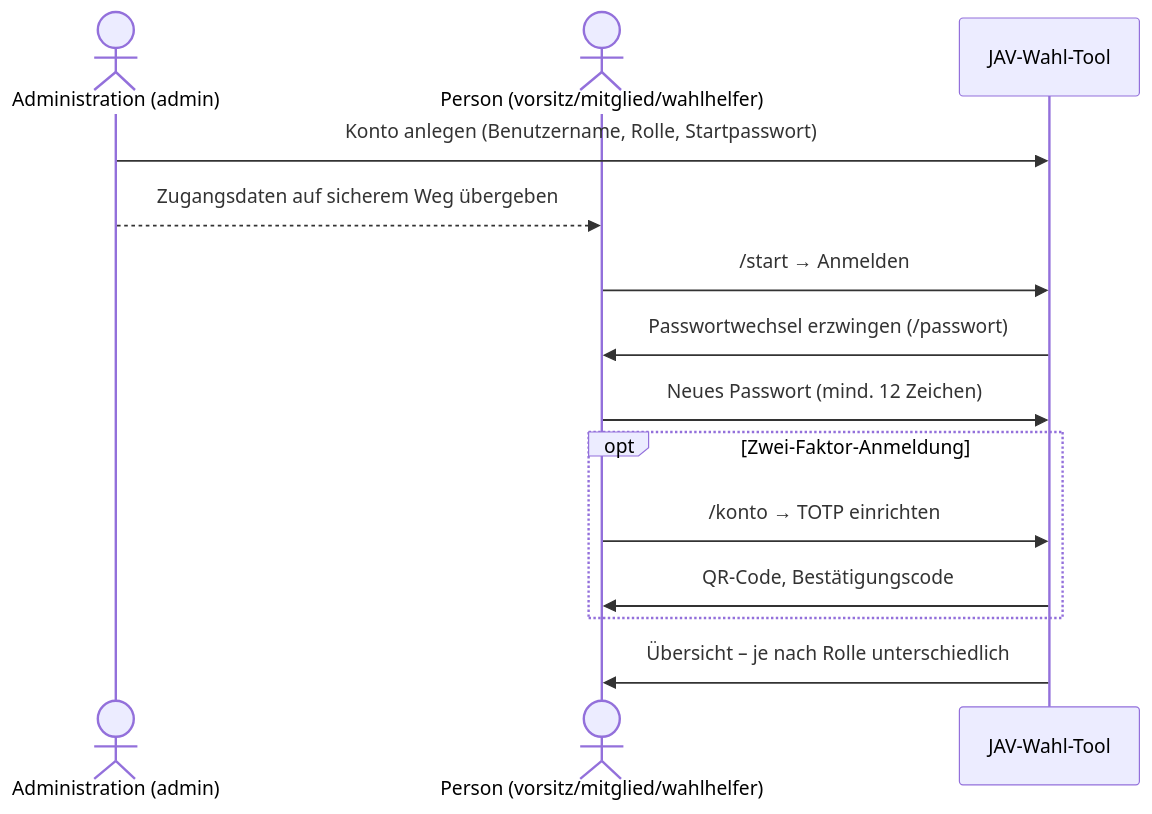
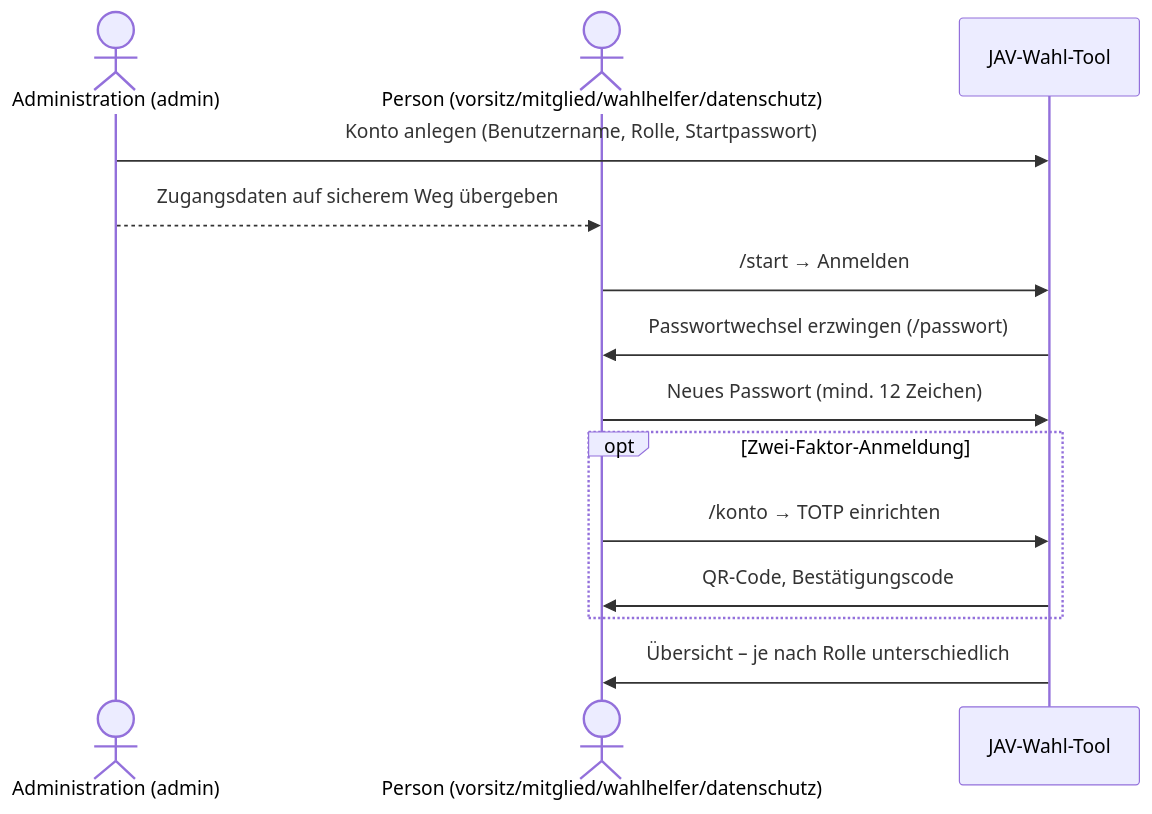
The diagram in docs/user-journeys/01-zugang-und-konten.md (BennyGK15/jav-wahl-tool), drawn with Mermaid before and after one commit. The commit also changed other lines of this file and 19 other files, not shown here.

````diff
--- a/docs/user-journeys/01-zugang-und-konten.md
+++ b/docs/user-journeys/01-zugang-und-konten.md
@@ -13,17 +13,17 @@
 ```mermaid
 sequenceDiagram
     actor IT as Administration (admin)
-    actor P as Person (vorsitz/mitglied/wahlhelfer)
+    actor P as Person (vorsitz/mitglied/wahlhelfer/datenschutz)
     participant App as JAV-Wahl-Tool
 
     IT->>App: Konto anlegen (Benutzername, Rolle, Startpasswort)
     IT-->>P: Zugangsdaten auf sicherem Weg übergeben
     P->>App: /start → Anmelden
     App->>P: Passwortwechsel erzwingen (/passwort)
     P->>App: Neues Passwort (mind. 12 Zeichen)
     opt Zwei-Faktor-Anmeldung
         P->>App: /konto → TOTP einrichten
         App->>P: QR-Code, Bestätigungscode
     end
     App->>P: Übersicht – je nach Rolle unterschiedlich
 ```
````
